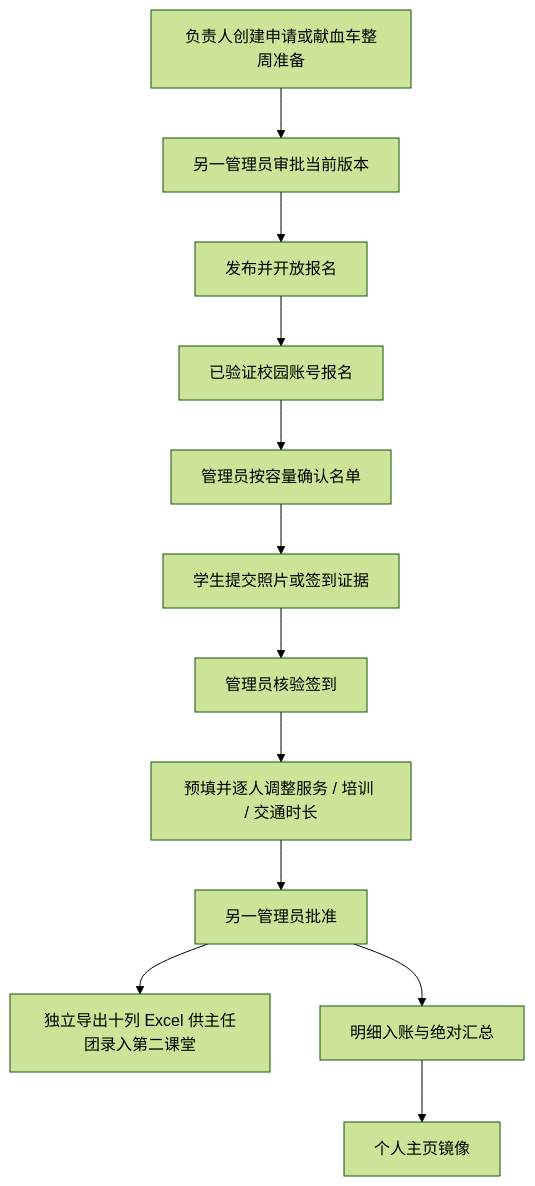
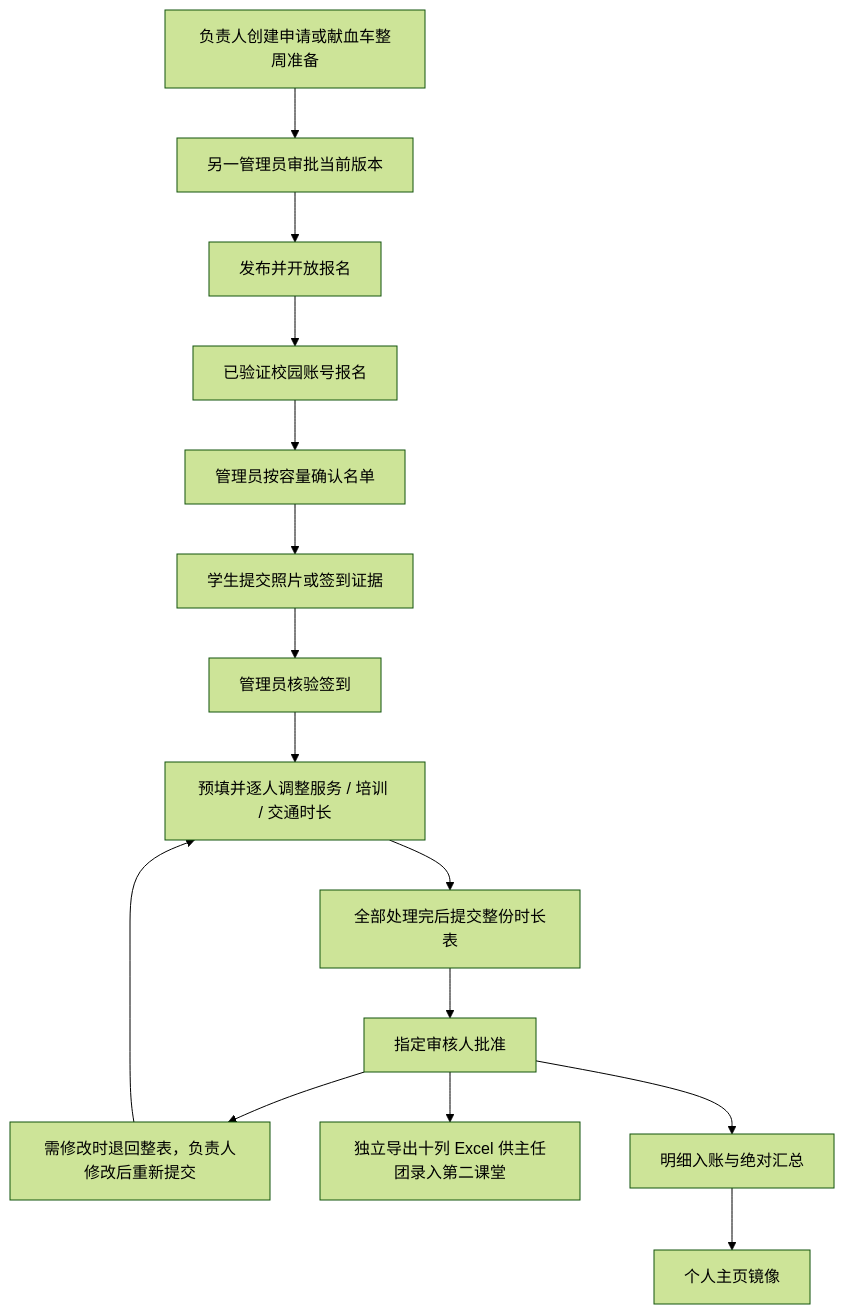
Before and after one commit to WANGLEVY9/NJURedCross: the diagram in docs/WORKFLOW.md, drawn with Mermaid (forest theme). The commit also changed other lines of this file and 37 other files, not shown here.

````diff
--- a/docs/WORKFLOW.md
+++ b/docs/WORKFLOW.md
@@ -11,14 +11,17 @@
 ```mermaid
 flowchart TD
   A[负责人创建申请或献血车整周准备] --> B[另一管理员审批当前版本]
   B --> C[发布并开放报名]
   C --> D[已验证校园账号报名]
   D --> E[管理员按容量确认名单]
   E --> F[学生提交照片或签到证据]
   F --> G[管理员核验签到]
   G --> H[预填并逐人调整服务 / 培训 / 交通时长]
-  H --> I[另一管理员批准]
+  H --> S[全部处理完后提交整份时长表]
+  S --> I[指定审核人批准]
+  I --> R[需修改时退回整表，负责人修改后重新提交]
+  R --> H
   I --> X[独立导出十列 Excel 供主任团录入第二课堂]
   I --> J[明细入账与绝对汇总]
   J --> K[个人主页镜像]
 ```
````
